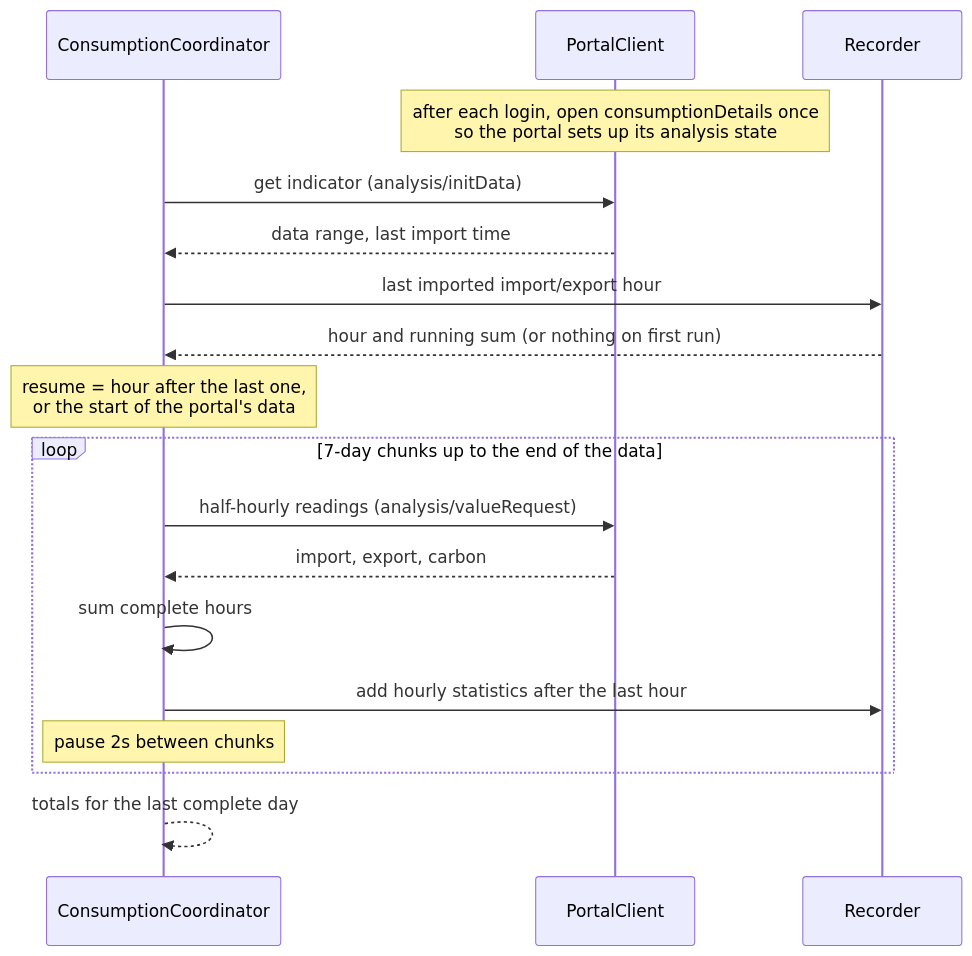
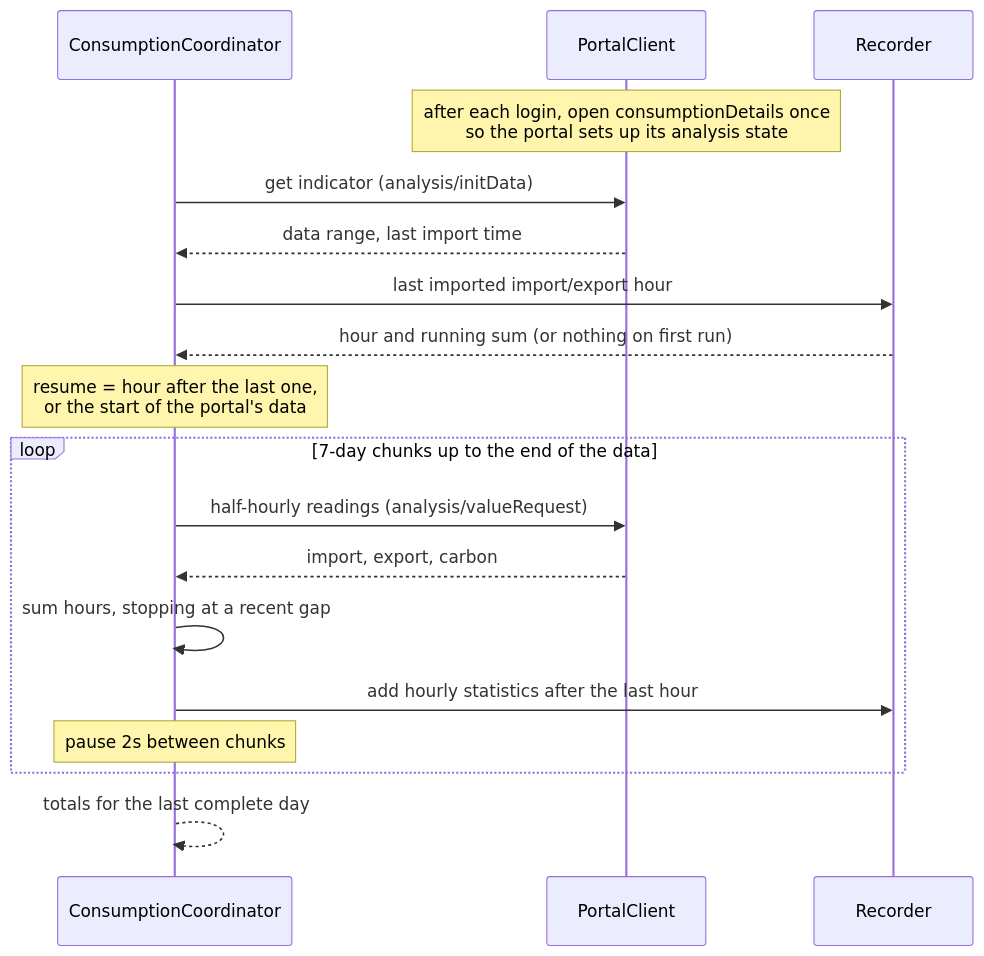
Before and after one commit to rhyskoedijk/ha-ecotricity-nz: the third of 4 diagrams in docs/architecture.md, drawn with Mermaid. The commit also changed other lines of this file and 6 other files, not shown here.

````diff
--- a/docs/architecture.md
+++ b/docs/architecture.md
@@ -107,21 +107,21 @@
 ```mermaid
 sequenceDiagram
     participant C as ConsumptionCoordinator
     participant P as PortalClient
     participant R as Recorder
 
     Note over P: after each login, open consumptionDetails once<br/>so the portal sets up its analysis state
     C->>P: get indicator (analysis/initData)
     P-->>C: data range, last import time
     C->>R: last imported import/export hour
     R-->>C: hour and running sum (or nothing on first run)
     Note over C: resume = hour after the last one,<br/>or the start of the portal's data
     loop 7-day chunks up to the end of the data
         C->>P: half-hourly readings (analysis/valueRequest)
         P-->>C: import, export, carbon
-        C->>C: sum complete hours
+        C->>C: sum hours, stopping at a recent gap
         C->>R: add hourly statistics after the last hour
         Note over C: pause 2s between chunks
     end
     C-->>C: totals for the last complete day
 ```
````
